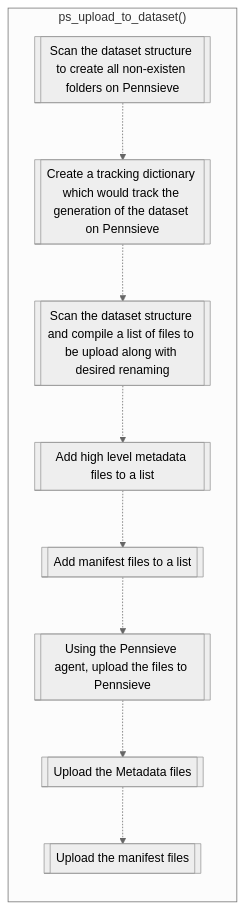
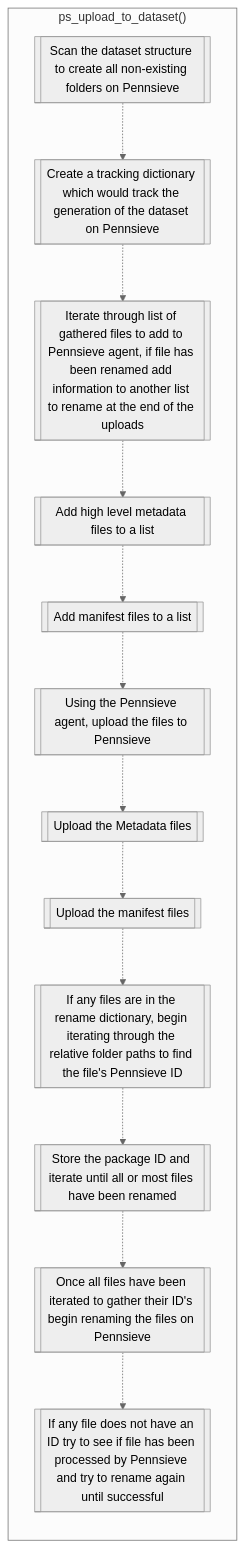
One commit to fairdataihub/dev.fairdataihub.org changed the fourth of 5 diagrams in docs/soda-for-sparc/upload-workflow.md. Above: the diagram before and after it, drawn with Mermaid (neutral theme). The commit also changed other lines of this file, not shown here.

Commit message:
feat: ✨ SODA generated flowcharts updated to new optimization flows

````diff
--- a/docs/soda-for-sparc/upload-workflow.md
+++ b/docs/soda-for-sparc/upload-workflow.md
@@ -81,14 +126,18 @@
 ```mermaid
 graph LR
 
 subgraph newgen["ps_upload_to_dataset()"]
     direction TB
-    A[[Scan the dataset structure to create all non-existen folders on Pennsieve]] .-> B[[Create a tracking dictionary which would track the generation of the dataset on Pennsieve]]
-    B .-> C[[Scan the dataset structure and compile a list of files to be upload along with desired renaming]]
+    A[[Scan the dataset structure to create all non-existing folders on Pennsieve]] .-> B[[Create a tracking dictionary which would track the generation of the dataset on Pennsieve]]
+    B .-> C[[Iterate through list of gathered files to add to Pennsieve agent, if file has been renamed add information to another list to rename at the end of the uploads]]
     C .-> D[[Add high level metadata files to a list]]
     D .-> E[[Add manifest files to a list]]
     E .-> F[[Using the Pennsieve agent, upload the files to Pennsieve]]
     F .-> G[[Upload the Metadata files]]
     G .-> H[[Upload the manifest files]]
+    H .-> I[[If any files are in the rename dictionary, begin iterating through the relative folder paths to find the file's Pennsieve ID]]
+    I .-> J[[Store the package ID and iterate until all or most files have been renamed]]
+    J .-> K[[Once all files have been iterated to gather their ID's begin renaming the files on Pennsieve]]
+    K .-> L[[If any file does not have an ID try to see if file has been processed by Pennsieve and try to rename again until successful]]
 end
 ```
````
